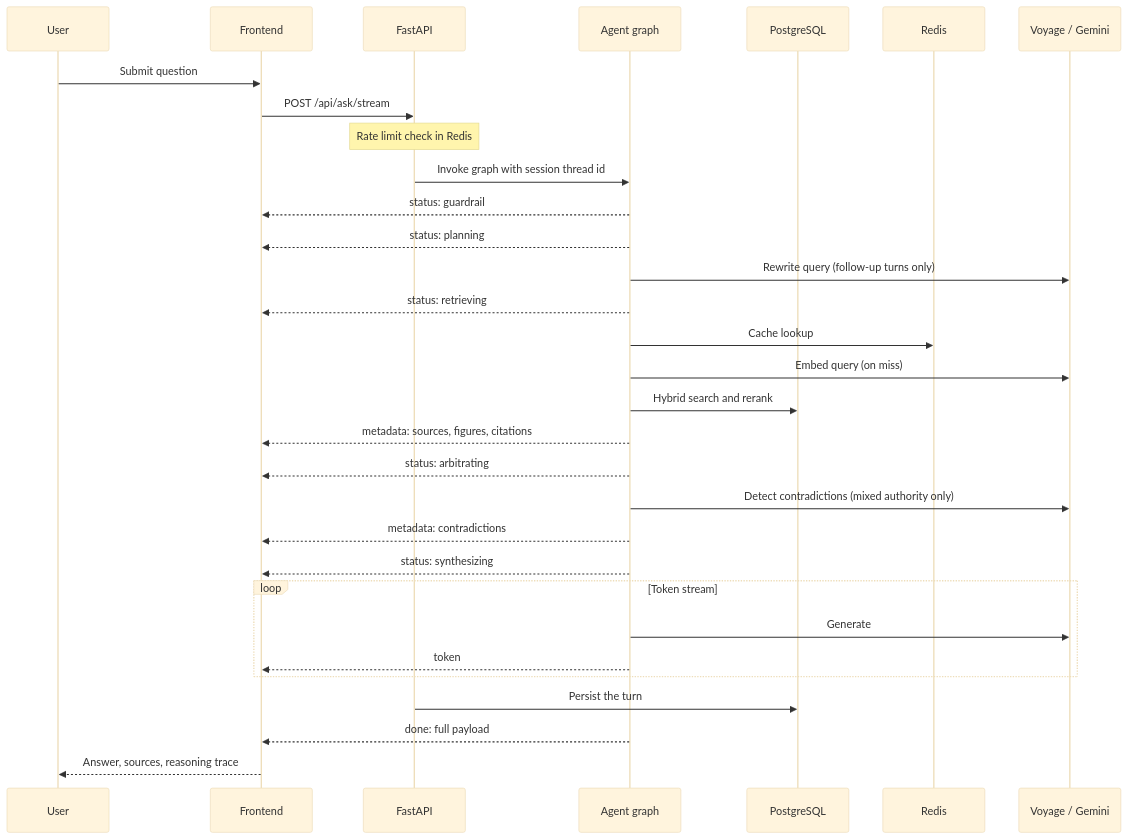
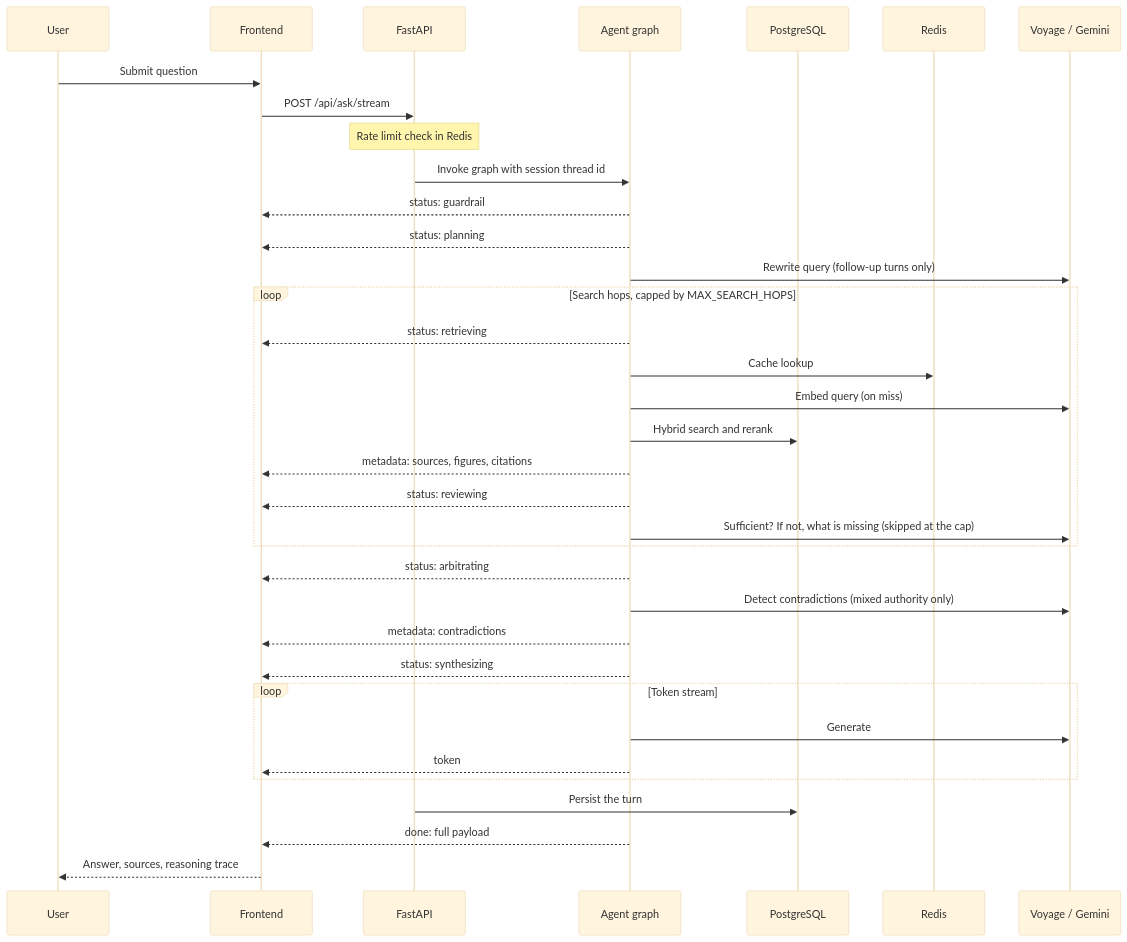
One commit to NayanthaNethsara/Hermes changed the third of 3 diagrams in docs/architecture.md. Above: the diagram before and after it, drawn with Mermaid (base theme). The commit also changed other lines of this file and 16 other files, not shown here.

````diff
--- a/docs/architecture.md
+++ b/docs/architecture.md
@@ -157,39 +202,43 @@
 ```mermaid
 sequenceDiagram
     participant U as User
     participant FE as Frontend
     participant API as FastAPI
     participant G as Agent graph
     participant PG as PostgreSQL
     participant RD as Redis
     participant EXT as Voyage / Gemini
 
     U->>FE: Submit question
     FE->>API: POST /api/ask/stream
     Note over API: Rate limit check in Redis
     API->>G: Invoke graph with session thread id
 
     G-->>FE: status: guardrail
     G-->>FE: status: planning
     G->>EXT: Rewrite query (follow-up turns only)
 
-    G-->>FE: status: retrieving
-    G->>RD: Cache lookup
-    G->>EXT: Embed query (on miss)
-    G->>PG: Hybrid search and rerank
-    G-->>FE: metadata: sources, figures, citations
+    loop Search hops, capped by MAX_SEARCH_HOPS
+        G-->>FE: status: retrieving
+        G->>RD: Cache lookup
+        G->>EXT: Embed query (on miss)
+        G->>PG: Hybrid search and rerank
+        G-->>FE: metadata: sources, figures, citations
+        G-->>FE: status: reviewing
+        G->>EXT: Sufficient? If not, what is missing (skipped at the cap)
+    end
 
     G-->>FE: status: arbitrating
     G->>EXT: Detect contradictions (mixed authority only)
     G-->>FE: metadata: contradictions
 
     G-->>FE: status: synthesizing
     loop Token stream
         G->>EXT: Generate
         G-->>FE: token
     end
 
     API->>PG: Persist the turn
     G-->>FE: done: full payload
     FE-->>U: Answer, sources, reasoning trace
 ```
````
